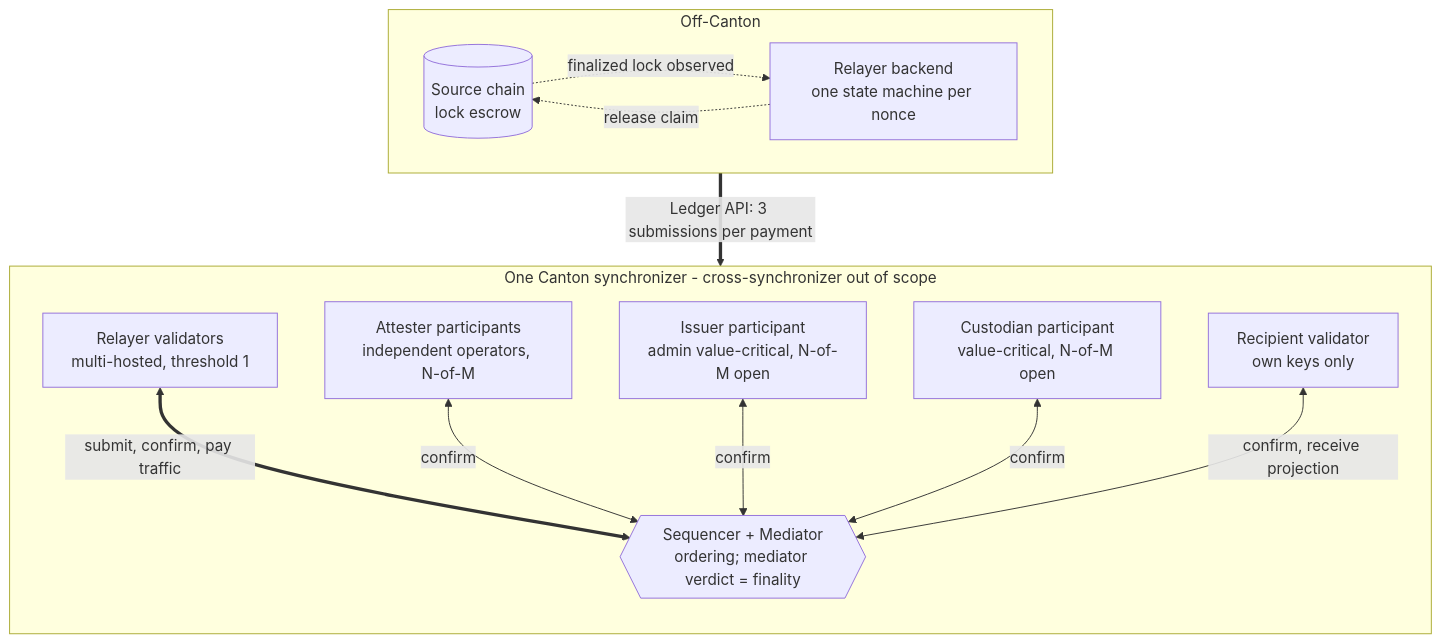
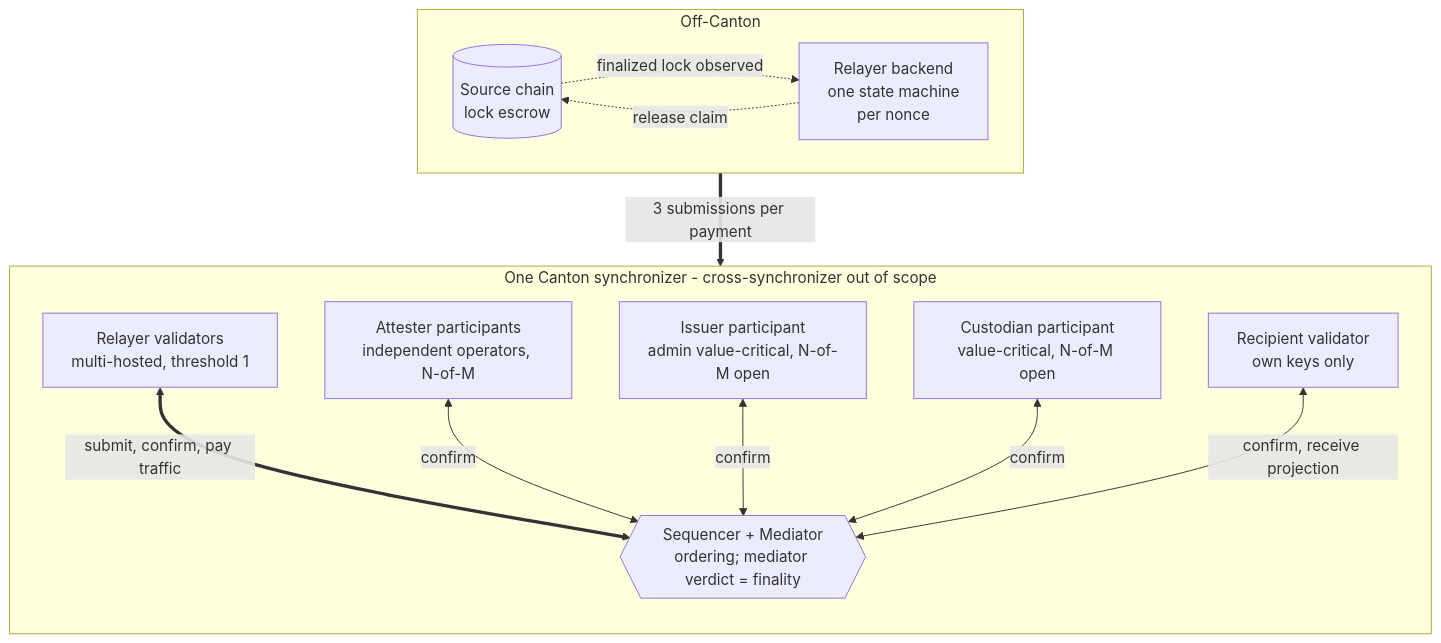
The second of 6 diagrams in docs/reference-architectures/cross-chain-stablecoin.md (OpenZeppelin/canton-specs), drawn with Mermaid before and after one commit. The commit also changed other lines of this file, not shown here.

Commit message:
keep the topology diagram labels inside their boxes
Two labels rendered clipped: the relayer-backend node lost the end of "nonce",
and the Ledger API edge label was cut short. Both were wider than the shapes
holding them.

Wrap the node label onto a third line and drop "Ledger API" from the edge,
which the arrow into a Canton node already implies. The relayer-backend label
appears in both topology diagrams and stays identical in each.

````diff
--- a/docs/reference-architectures/cross-chain-stablecoin.md
+++ b/docs/reference-architectures/cross-chain-stablecoin.md
@@ -222,28 +222,28 @@
 ```mermaid
 flowchart TB
     subgraph Off["Off-Canton"]
         direction LR
         Chain[("Source chain<br/>lock escrow")]
-        Backend["Relayer backend<br/>one state machine per nonce"]
+        Backend["Relayer backend<br/>one state machine<br/>per nonce"]
     end
 
     subgraph Canton["One Canton synchronizer - cross-synchronizer out of scope"]
         direction TB
         NRel["Relayer validators<br/>multi-hosted, threshold 1"]
         NAtt["Attester participants<br/>independent operators, N-of-M"]
         NIss["Issuer participant<br/>admin value-critical, N-of-M open"]
         NCus["Custodian participant<br/>value-critical, N-of-M open"]
         NRec["Recipient validator<br/>own keys only"]
         Sync{{"Sequencer + Mediator<br/>ordering; mediator verdict = finality"}}
     end
 
     Chain -.->|"finalized lock observed"| Backend
     Backend -.->|"release claim"| Chain
-    Backend ==>|"Ledger API: 3 submissions per payment"| NRel
+    Backend ==>|"3 submissions per payment"| NRel
 
     NRel <==>|"submit, confirm, pay traffic"| Sync
     NAtt <-->|"confirm"| Sync
     NIss <-->|"confirm"| Sync
     NCus <-->|"confirm"| Sync
     NRec <-->|"confirm, receive projection"| Sync
 ```
````
